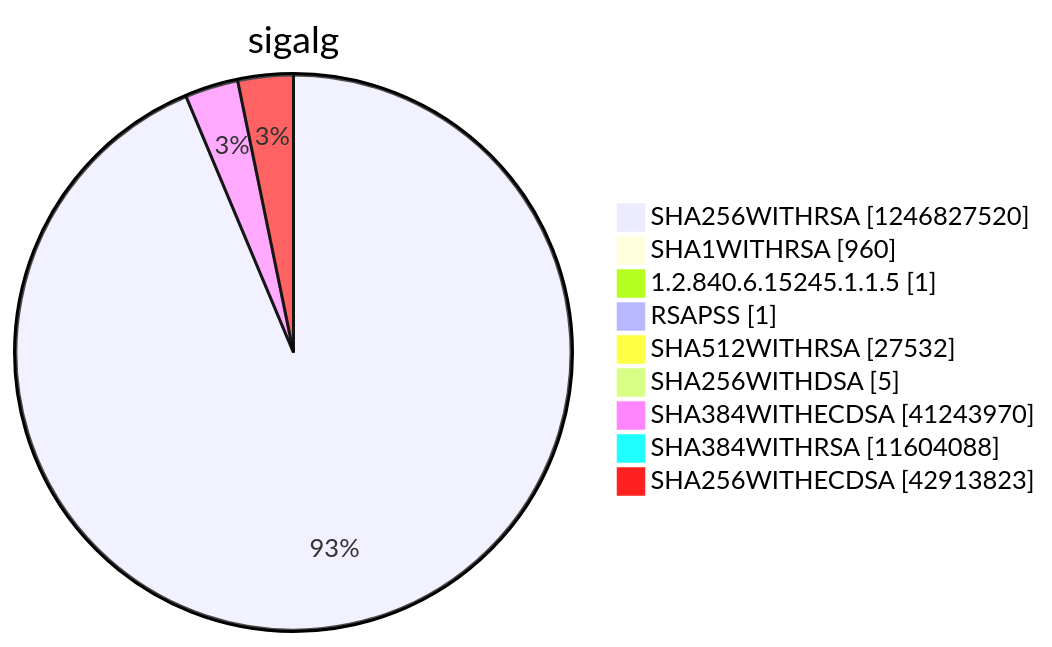
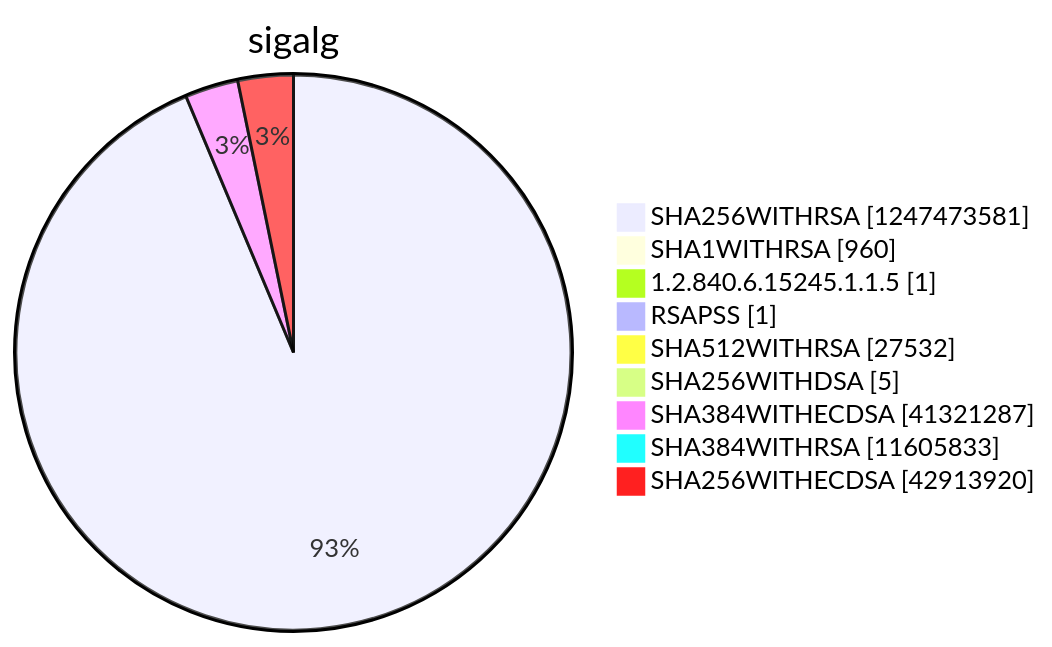
Diagram 15 of 15 in argon2022/README.md (christiankrug/ctmonitor_visualization), drawn with Mermaid before and after one commit. The commit also changed other lines of this file, not shown here.

````diff
--- a/argon2022/README.md
+++ b/argon2022/README.md
@@ -5522,13 +5522,13 @@
 ```mermaid
 pie showData
 title sigalg
-"SHA256WITHRSA" :1246827520
+"SHA256WITHRSA" :1247473581
 "SHA1WITHRSA" :960
 "1.2.840.6.15245.1.1.5" :1
 "RSAPSS" :1
 "SHA512WITHRSA" :27532
 "SHA256WITHDSA" :5
-"SHA384WITHECDSA" :41243970
-"SHA384WITHRSA" :11604088
-"SHA256WITHECDSA" :42913823
+"SHA384WITHECDSA" :41321287
+"SHA384WITHRSA" :11605833
+"SHA256WITHECDSA" :42913920
 ```
````
